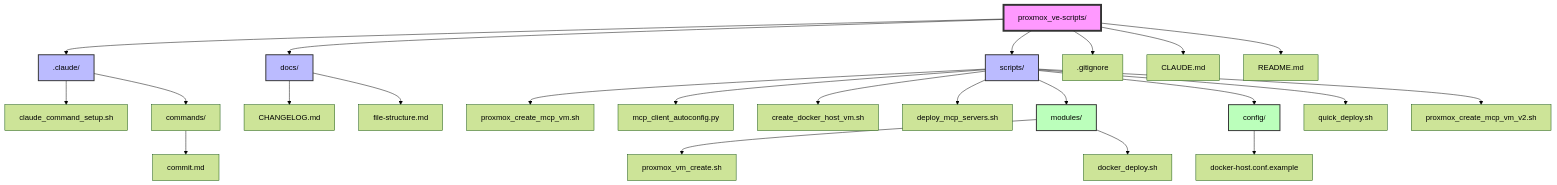
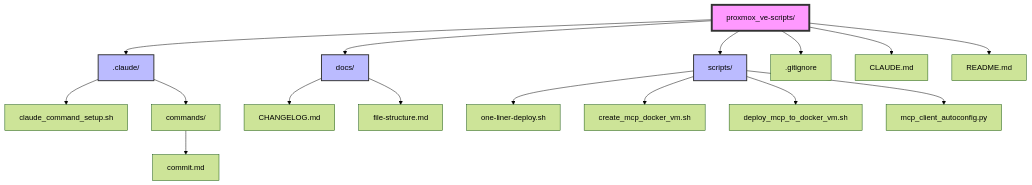
The diagram in docs/file-structure.md (notdabob/proxmox-ve-scripts), drawn with Mermaid (forest theme) before and after one commit. The commit also changed other lines of this file and 14 other files, not shown here.

````diff
--- a/docs/file-structure.md
+++ b/docs/file-structure.md
@@ -7,37 +7,26 @@
 ```mermaid
 graph TD
     A[proxmox_ve-scripts/] --> B[.claude/]
     A --> C[docs/]
     A --> D[scripts/]
     A --> E[.gitignore]
     A --> F[CLAUDE.md]
     A --> G[README.md]
 
     B --> H[claude_command_setup.sh]
     B --> I[commands/]
     I --> J[commit.md]
 
     C --> K[CHANGELOG.md]
     C --> L[file-structure.md]
 
-    D --> M[proxmox_create_mcp_vm.sh]
-    D --> N[mcp_client_autoconfig.py]
-    D --> O[create_docker_host_vm.sh]
-    D --> P[deploy_mcp_servers.sh]
-    D --> Q[modules/]
-    D --> R[config/]
-    D --> S[quick_deploy.sh]
-    D --> T[proxmox_create_mcp_vm_v2.sh]
-
-    Q --> U[proxmox_vm_create.sh]
-    Q --> V[docker_deploy.sh]
-
-    R --> W[docker-host.conf.example]
+    D --> M[one-liner-deploy.sh]
+    D --> N[create_mcp_docker_vm.sh]
+    D --> O[deploy_mcp_to_docker_vm.sh]
+    D --> P[mcp_client_autoconfig.py]
 
     style A fill:#f9f,stroke:#333,stroke-width:4px
     style B fill:#bbf,stroke:#333,stroke-width:2px
     style C fill:#bbf,stroke:#333,stroke-width:2px
     style D fill:#bbf,stroke:#333,stroke-width:2px
-    style Q fill:#bfb,stroke:#333,stroke-width:2px
-    style R fill:#bfb,stroke:#333,stroke-width:2px
 ```
````
